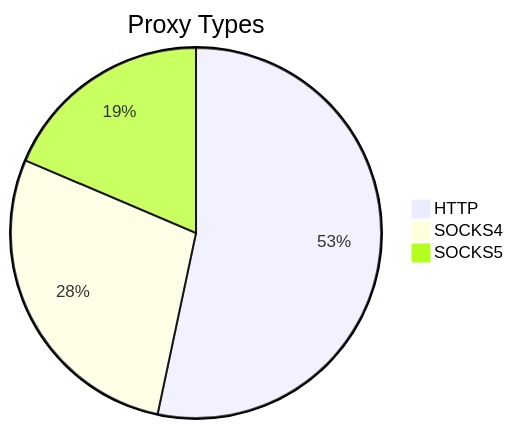
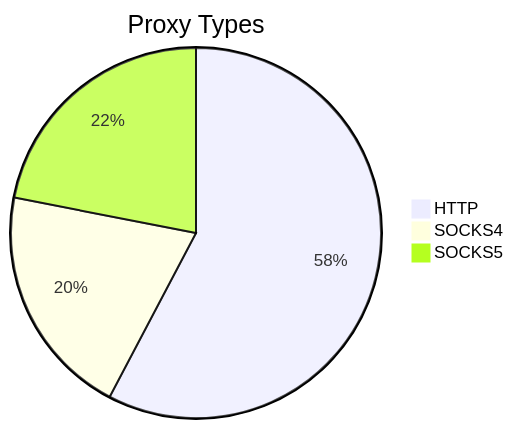
The first of 2 diagrams in README.md (stormsia/proxy-list), drawn with Mermaid before and after one commit. The commit also changed other lines of this file, not shown here.

````diff
--- a/README.md
+++ b/README.md
@@ -21,6 +21,6 @@
 ```mermaid
 pie title Proxy Types
-    "HTTP" : 433
-    "SOCKS4" : 228
-    "SOCKS5" : 151
+    "HTTP" : 329
+    "SOCKS4" : 116
+    "SOCKS5" : 125
 ```
````
